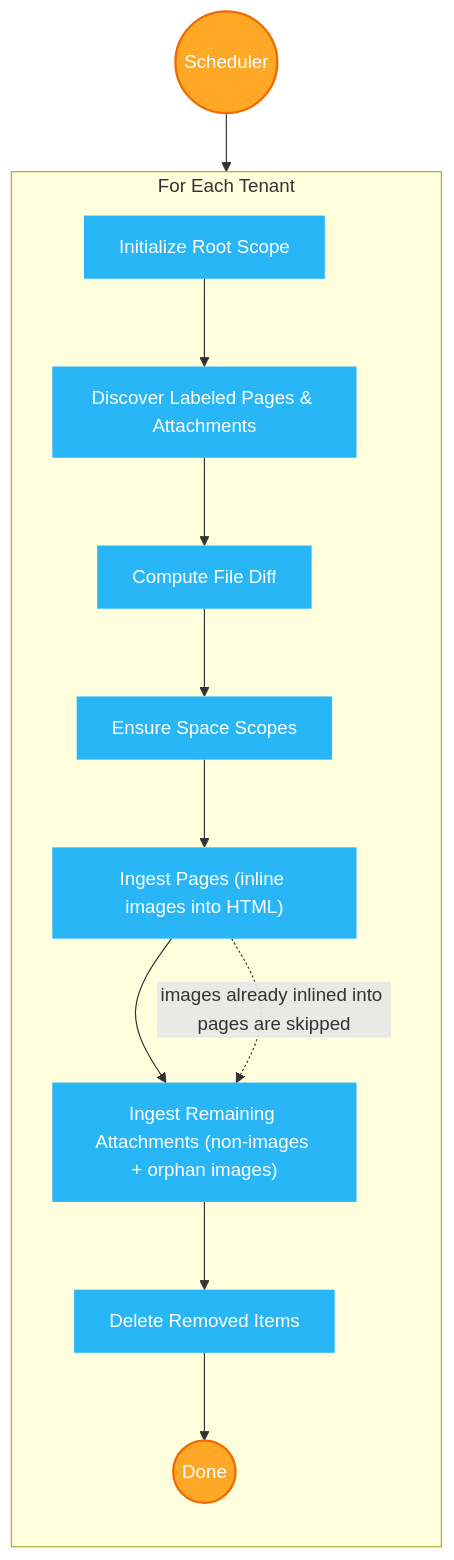
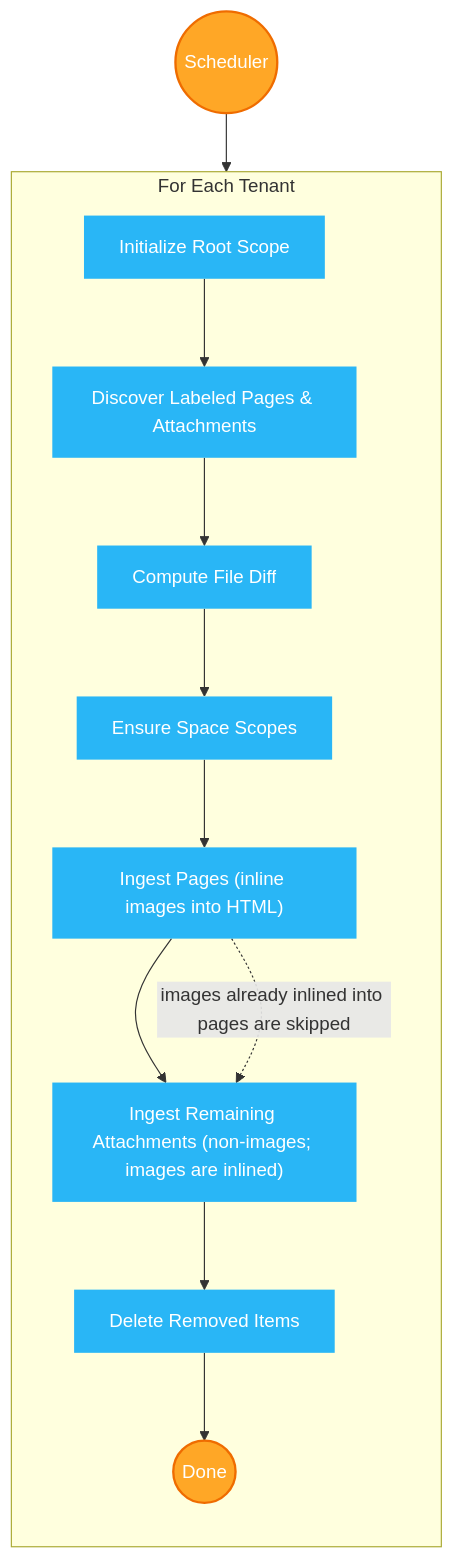
Before and after one commit to Unique-AG/connectors: the first of 2 diagrams in services/confluence-connector/docs/README.md, drawn with Mermaid. The commit also changed other lines of this file and 3 other files, not shown here.

````diff
--- a/services/confluence-connector/docs/README.md
+++ b/services/confluence-connector/docs/README.md
@@ -127,34 +127,34 @@
 ```mermaid
 flowchart TB
   Start(("Scheduler"))
 
   subgraph TenantSync["For Each Tenant"]
     direction TB
 
     InitScope["Initialize Root Scope"]
     Discover["Discover Labeled Pages & Attachments"]
     Diff["Compute File Diff"]
     EnsureScopes["Ensure Space Scopes"]
     IngestPages["Ingest Pages (inline images into HTML)"]
-    IngestAttachments["Ingest Remaining Attachments (non-images + orphan images)"]
+    IngestAttachments["Ingest Remaining Attachments (non-images; images are inlined)"]
     Delete["Delete Removed Items"]
     Done(("Done"))
   end
 
   Start --> TenantSync
   InitScope --> Discover
   Discover --> Diff
   Diff --> EnsureScopes
   EnsureScopes --> IngestPages
   IngestPages --> IngestAttachments
   IngestPages -. images already inlined into pages are skipped .-> IngestAttachments
   IngestAttachments --> Delete
   Delete --> Done
 
 classDef start fill:#FFA726,stroke:#EF6C00,stroke-width:2px,color:white
 classDef process fill:#29B6F6,stroke:#0277BD,stroke-width:0px,color:white
 classDef container fill:#F5F5F5,stroke:#BDBDBD,stroke-width:1px,stroke-dasharray: 5 5,color:#616161
 
 class Start,Done start
 class InitScope,Discover,Diff,EnsureScopes,IngestPages,IngestAttachments,Delete process
 ```
````
